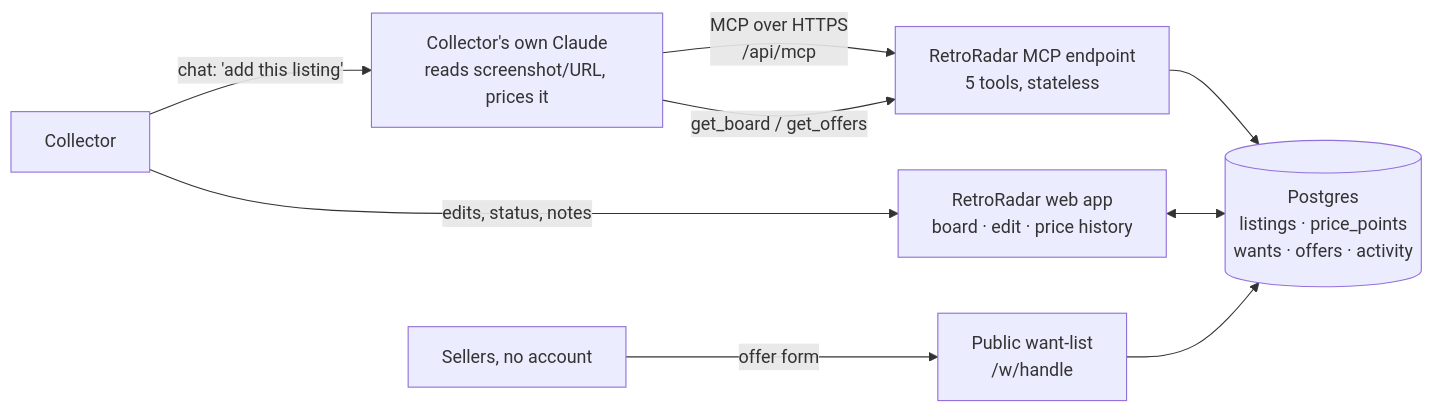
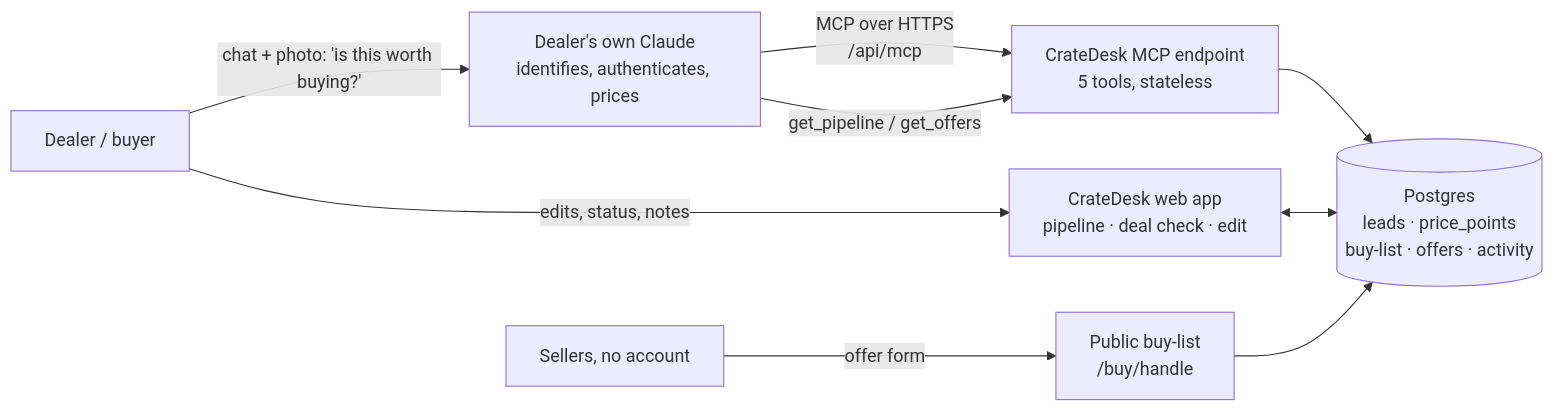
One commit to vikramadityaroxwithanx/Cratedesk changed the diagram in README.md. Above: the diagram before and after it, drawn with Mermaid. The commit also changed other lines of this file and 24 other files, not shown here.

First line of the commit message:
Pivot to CrateDesk: B2B buying desk for collectibles dealers (retro gaming, vinyl, trading cards)

````diff
--- a/README.md
+++ b/README.md
@@ -25,10 +33,10 @@
 ```mermaid
 flowchart LR
-  U[Collector] -->|"chat: 'add this listing'"| C[Collector's own Claude<br/>reads screenshot/URL, prices it]
-  C -->|MCP over HTTPS<br/>/api/mcp| M[RetroRadar MCP endpoint<br/>5 tools, stateless]
-  M --> DB[(Postgres<br/>listings · price_points<br/>wants · offers · activity)]
-  W[RetroRadar web app<br/>board · edit · price history] <--> DB
-  U -->|edits, status, notes| W
-  S[Sellers, no account] -->|offer form| P[Public want-list<br/>/w/handle] --> DB
-  C -->|get_board / get_offers| M
+  D[Dealer / buyer] -->|"chat + photo: 'is this worth buying?'"| C[Dealer's own Claude<br/>identifies, authenticates, prices]
+  C -->|MCP over HTTPS<br/>/api/mcp| M[CrateDesk MCP endpoint<br/>5 tools, stateless]
+  M --> DB[(Postgres<br/>leads · price_points<br/>buy-list · offers · activity)]
+  W[CrateDesk web app<br/>pipeline · deal check · edit] <--> DB
+  D -->|edits, status, notes| W
+  S[Sellers, no account] -->|offer form| P[Public buy-list<br/>/buy/handle] --> DB
+  C -->|get_pipeline / get_offers| M
 ```
````
